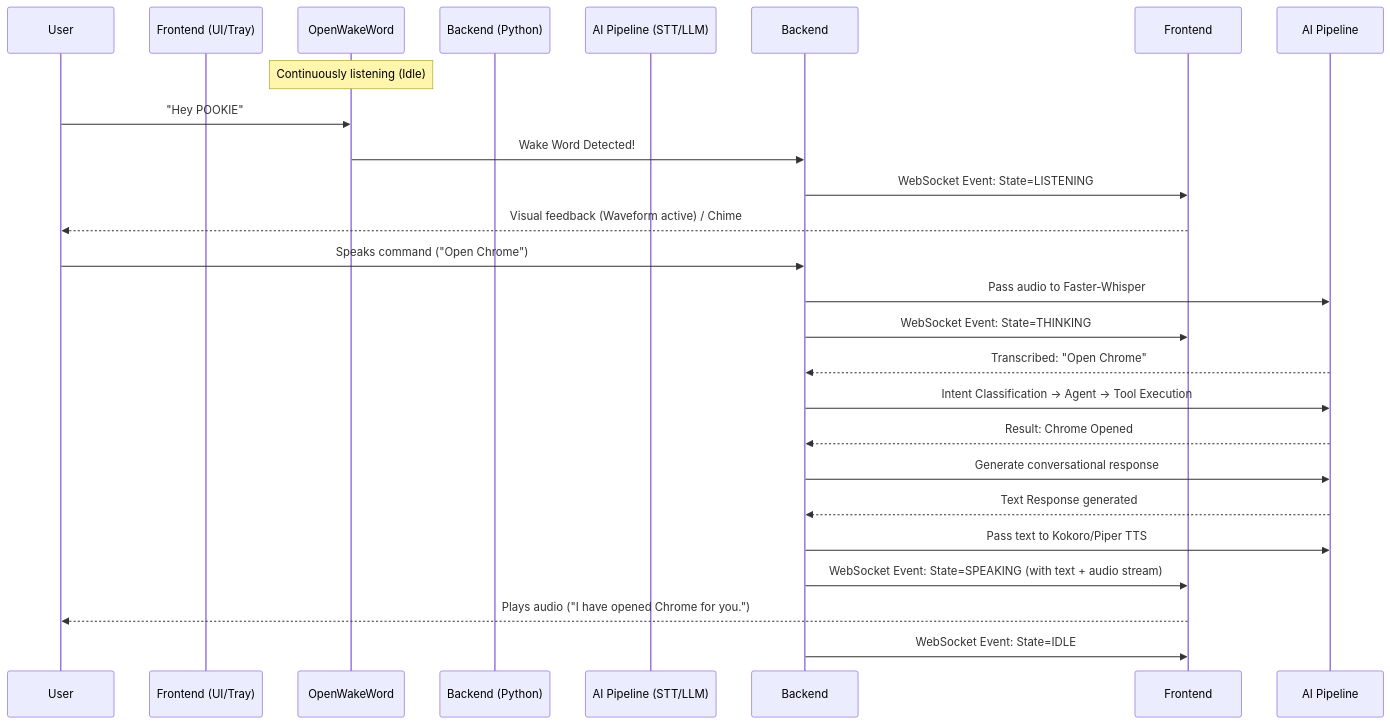
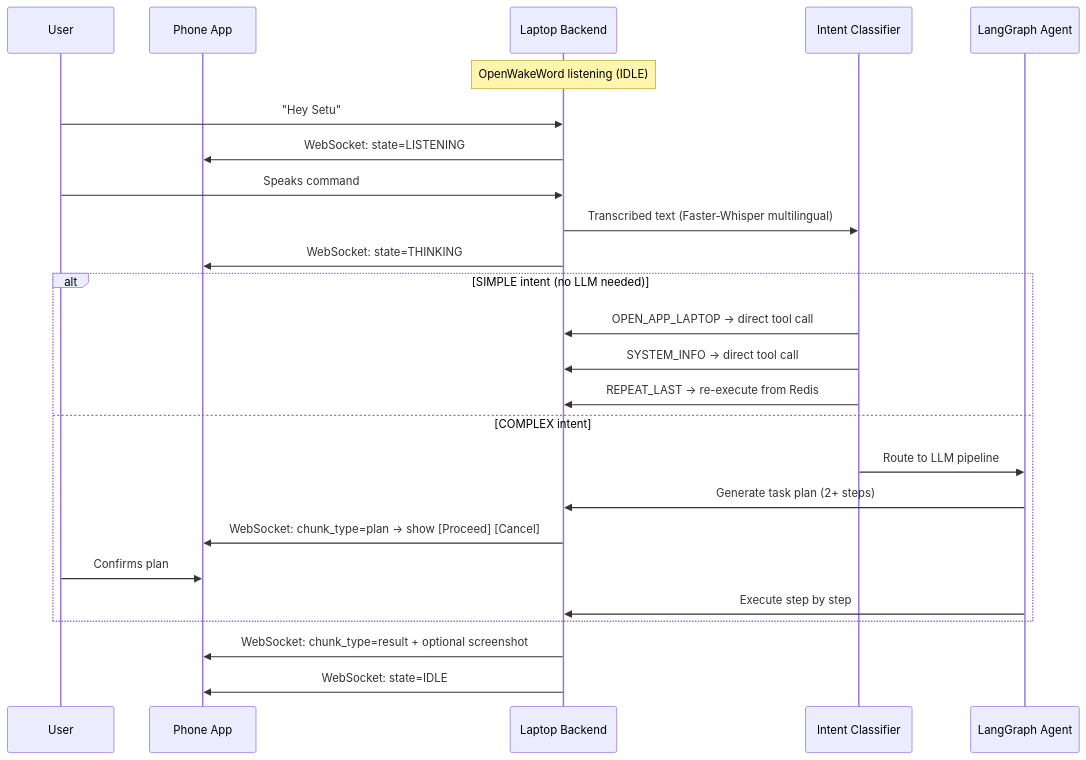
One commit to Dhairya2112/SETU changed the second of 6 diagrams in docs/APP_FLOW.md. Above: the diagram before and after it, drawn with Mermaid. The commit also changed other lines of this file and 59 other files, not shown here.

````diff
--- a/docs/APP_FLOW.md
+++ b/docs/APP_FLOW.md
@@ -34,26 +44,30 @@
 ```mermaid
 sequenceDiagram
     participant User
-    participant Frontend (UI/Tray)
-    participant OpenWakeWord
-    participant Backend (Python)
-    participant AI Pipeline (STT/LLM)
-    
-    Note over OpenWakeWord: Continuously listening (Idle)
-    User->>OpenWakeWord: "Hey POOKIE"
-    OpenWakeWord->>Backend: Wake Word Detected!
-    Backend->>Frontend: WebSocket Event: State=LISTENING
-    Frontend-->>User: Visual feedback (Waveform active) / Chime
-    User->>Backend: Speaks command ("Open Chrome")
-    Backend->>AI Pipeline: Pass audio to Faster-Whisper
-    Backend->>Frontend: WebSocket Event: State=THINKING
-    AI Pipeline-->>Backend: Transcribed: "Open Chrome"
-    Backend->>AI Pipeline: Intent Classification -> Agent -> Tool Execution
-    AI Pipeline-->>Backend: Result: Chrome Opened
-    Backend->>AI Pipeline: Generate conversational response
-    AI Pipeline-->>Backend: Text Response generated
-    Backend->>AI Pipeline: Pass text to Kokoro/Piper TTS
-    Backend->>Frontend: WebSocket Event: State=SPEAKING (with text + audio stream)
-    Frontend-->>User: Plays audio ("I have opened Chrome for you.")
-    Backend->>Frontend: WebSocket Event: State=IDLE
+    participant Phone App
+    participant Laptop Backend
+    participant Intent Classifier
+    participant LangGraph Agent
+
+    Note over Laptop Backend: OpenWakeWord listening (IDLE)
+    User->>Laptop Backend: "Hey Setu"
+    Laptop Backend->>Phone App: WebSocket: state=LISTENING
+    User->>Laptop Backend: Speaks command
+    Laptop Backend->>Intent Classifier: Transcribed text (Faster-Whisper multilingual)
+    Laptop Backend->>Phone App: WebSocket: state=THINKING
+
+    alt SIMPLE intent (no LLM needed)
+        Intent Classifier->>Laptop Backend: OPEN_APP_LAPTOP → direct tool call
+        Intent Classifier->>Laptop Backend: SYSTEM_INFO → direct tool call
+        Intent Classifier->>Laptop Backend: REPEAT_LAST → re-execute from Redis
+    else COMPLEX intent
+        Intent Classifier->>LangGraph Agent: Route to LLM pipeline
+        LangGraph Agent->>Laptop Backend: Generate task plan (2+ steps)
+        Laptop Backend->>Phone App: WebSocket: chunk_type=plan → show [Proceed] [Cancel]
+        User->>Phone App: Confirms plan
+        LangGraph Agent->>Laptop Backend: Execute step by step
+    end
+
+    Laptop Backend->>Phone App: WebSocket: chunk_type=result + optional screenshot
+    Laptop Backend->>Phone App: WebSocket: state=IDLE
 ```
````
